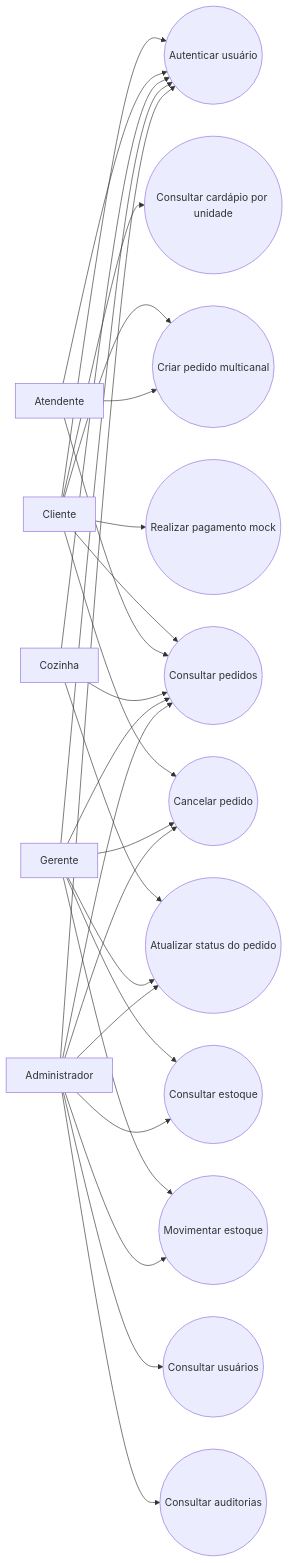
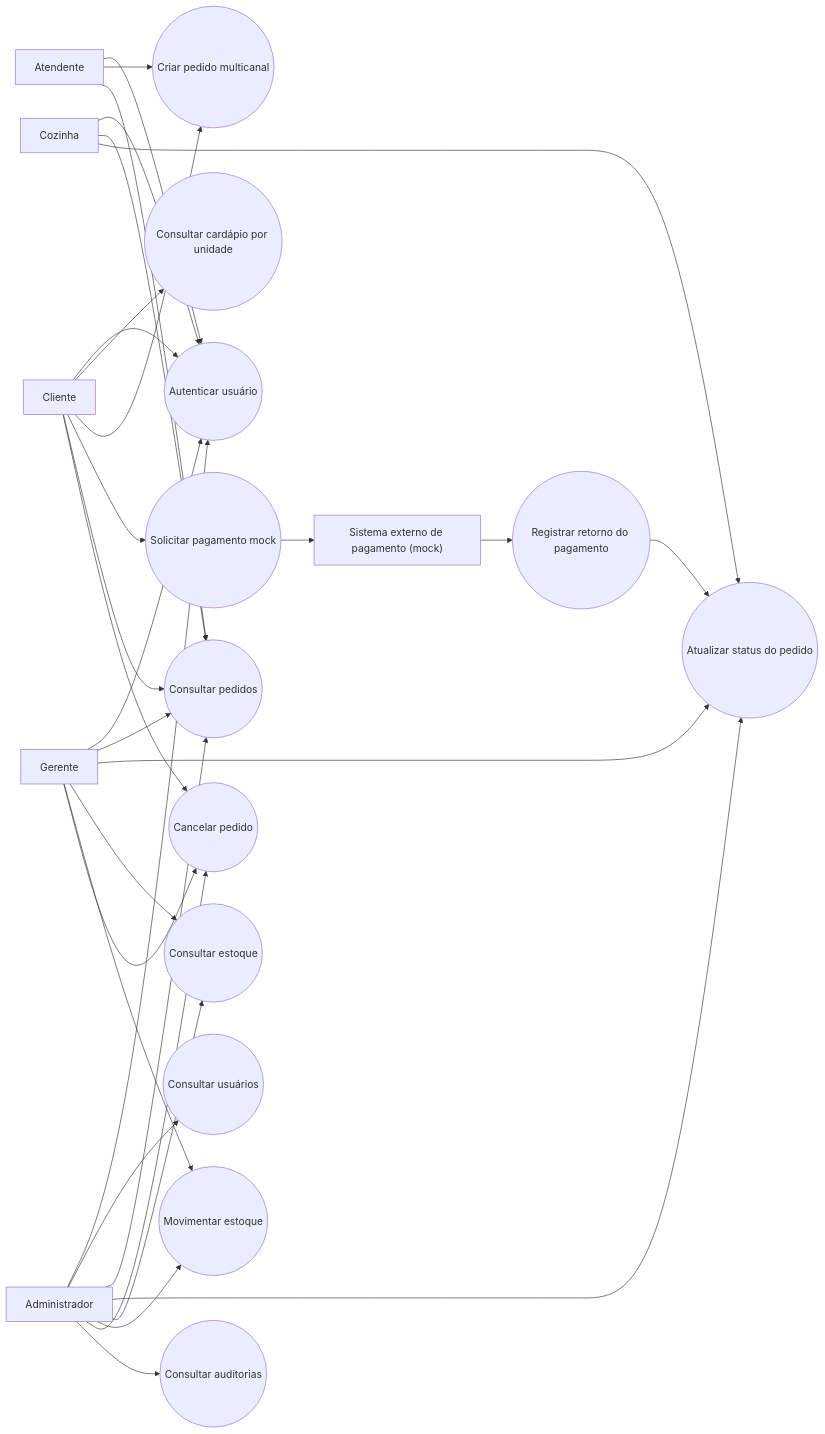
One commit to dev-leonunes/raizes-do-nordeste-api changed the diagram in docs/diagramas-casos-de-uso.md. Above: the diagram before and after it, drawn with Mermaid. The commit also changed 1 other file, not shown here.

Commit message:
docs(diagramas): atualiza casos de uso e classes do domínio
- adiciona enums de pagamento, estoque e auditoria ao diagrama de classes
- detalha interação com gateway mock no diagrama de casos de uso

````diff
--- a/docs/diagramas-casos-de-uso.md
+++ b/docs/diagramas-casos-de-uso.md
@@ -3,51 +3,57 @@
 ```mermaid
 flowchart LR
   Cliente["Cliente"]
   Atendente["Atendente"]
   Cozinha["Cozinha"]
   Gerente["Gerente"]
   Admin["Administrador"]
+  Gateway["Sistema externo de pagamento (mock)"]
 
   Login(("Autenticar usuário"))
   Cardapio(("Consultar cardápio por unidade"))
   CriarPedido(("Criar pedido multicanal"))
-  PagarPedido(("Realizar pagamento mock"))
+  SolicitarPagamento(("Solicitar pagamento mock"))
+  RegistrarRetornoPagamento(("Registrar retorno do pagamento"))
   ConsultarPedido(("Consultar pedidos"))
   AtualizarStatus(("Atualizar status do pedido"))
   CancelarPedido(("Cancelar pedido"))
   ConsultarEstoque(("Consultar estoque"))
   MovimentarEstoque(("Movimentar estoque"))
   ConsultarUsuarios(("Consultar usuários"))
   ConsultarAuditoria(("Consultar auditorias"))
 
   Cliente --> Login
   Cliente --> Cardapio
   Cliente --> CriarPedido
-  Cliente --> PagarPedido
+  Cliente --> SolicitarPagamento
   Cliente --> ConsultarPedido
   Cliente --> CancelarPedido
 
   Atendente --> Login
   Atendente --> CriarPedido
   Atendente --> ConsultarPedido
 
   Cozinha --> Login
   Cozinha --> ConsultarPedido
   Cozinha --> AtualizarStatus
 
   Gerente --> Login
   Gerente --> ConsultarPedido
   Gerente --> AtualizarStatus
   Gerente --> ConsultarEstoque
   Gerente --> MovimentarEstoque
   Gerente --> CancelarPedido
 
   Admin --> Login
   Admin --> ConsultarUsuarios
   Admin --> ConsultarPedido
   Admin --> AtualizarStatus
   Admin --> ConsultarEstoque
   Admin --> MovimentarEstoque
   Admin --> CancelarPedido
   Admin --> ConsultarAuditoria
+
+  SolicitarPagamento --> Gateway
+  Gateway --> RegistrarRetornoPagamento
+  RegistrarRetornoPagamento --> AtualizarStatus
 ```
````
